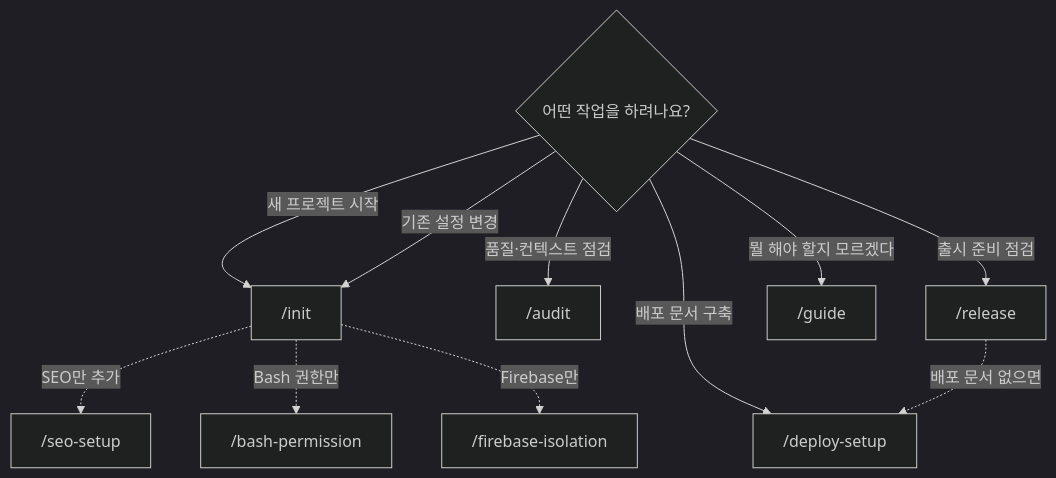
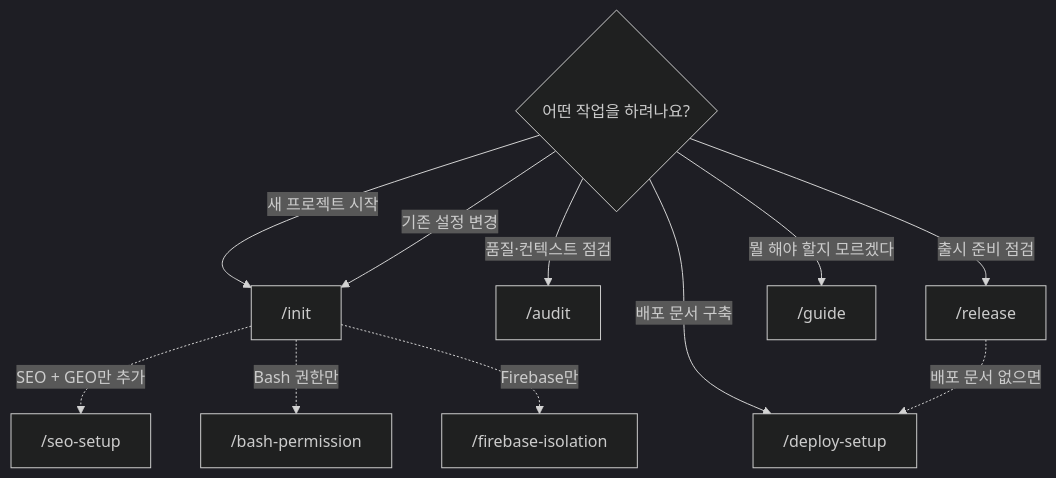
Before and after one commit to seungjaeyuu/claude-project-bootstrap: the first of 3 diagrams in README.md, drawn with Mermaid (dark theme). The commit also changed other lines of this file and 3 other files, not shown here.

````diff
--- a/README.md
+++ b/README.md
@@ -49,14 +49,14 @@
 ```mermaid
 flowchart TD
     START{"어떤 작업을 하려나요?"}
     START -->|"새 프로젝트 시작"| INIT["/init"]
     START -->|"기존 설정 변경"| INIT
     START -->|"품질·컨텍스트 점검"| AUDIT["/audit"]
     START -->|"출시 준비 점검"| RELEASE["/release"]
     START -->|"배포 문서 구축"| DEPLOY["/deploy-setup"]
     START -->|"뭘 해야 할지 모르겠다"| GUIDE["/guide"]
     RELEASE -.->|"배포 문서 없으면"| DEPLOY
-    INIT -.->|"SEO만 추가"| SEO["/seo-setup"]
+    INIT -.->|"SEO + GEO만 추가"| SEO["/seo-setup"]
     INIT -.->|"Bash 권한만"| BASH["/bash-permission"]
     INIT -.->|"Firebase만"| FIREBASE["/firebase-isolation"]
 ```
````
